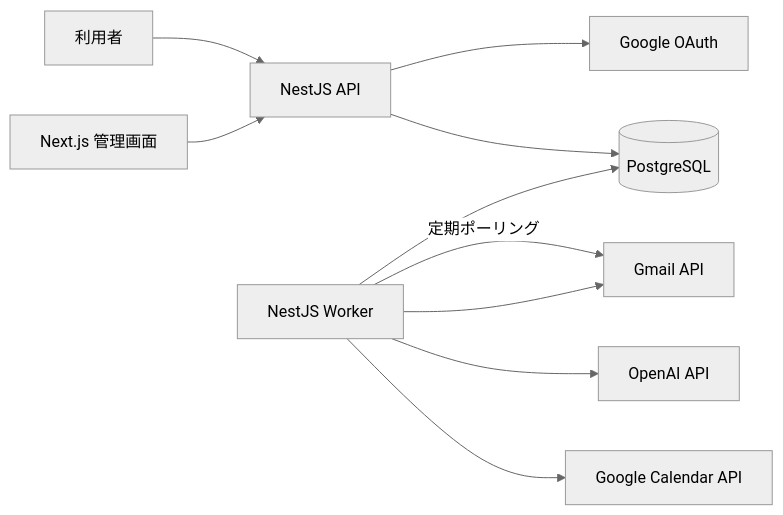
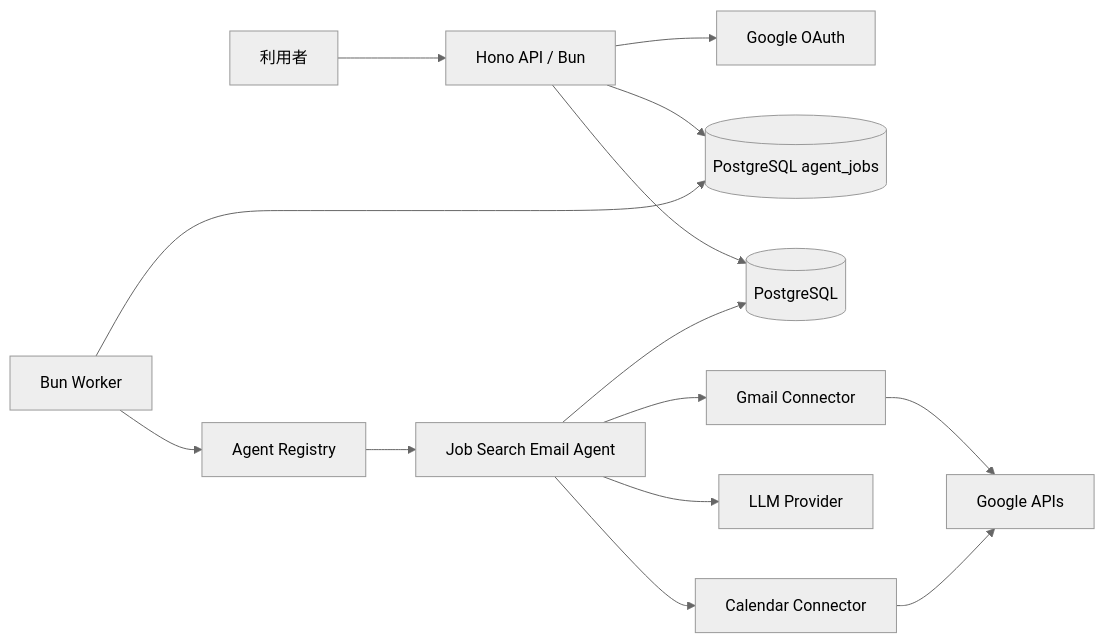
Before and after one commit to yusukesugahara/AIAgents: the first of 2 diagrams in docs/agents/job-search-email-agent/specification.md, drawn with Mermaid (neutral theme). The commit also changed other lines of this file, not shown here.

````diff
--- a/docs/agents/job-search-email-agent/specification.md
+++ b/docs/agents/job-search-email-agent/specification.md
@@ -91,14 +147,17 @@
 ```mermaid
 flowchart LR
-    U[利用者] --> API[NestJS API]
-    API --> GAuth[Google OAuth]
+    User[利用者] --> API[Hono API / Bun]
+    API --> GoogleOAuth[Google OAuth]
+    API --> Jobs[(PostgreSQL agent_jobs)]
     API --> DB[(PostgreSQL)]
 
-    W[NestJS Worker] -->|定期ポーリング| Gmail[Gmail API]
-    W --> AI[OpenAI API]
-    W --> Calendar[Google Calendar API]
-    W --> DB
-    W --> Gmail
-
-    WEB[Next.js 管理画面] --> API
+    Worker[Bun Worker] --> Jobs
+    Worker --> Registry[Agent Registry]
+    Registry --> Agent[Job Search Email Agent]
+    Agent --> Gmail[Gmail Connector]
+    Agent --> LLM[LLM Provider]
+    Agent --> Calendar[Calendar Connector]
+    Gmail --> GoogleAPI[Google APIs]
+    Calendar --> GoogleAPI
+    Agent --> DB
 ```
````
